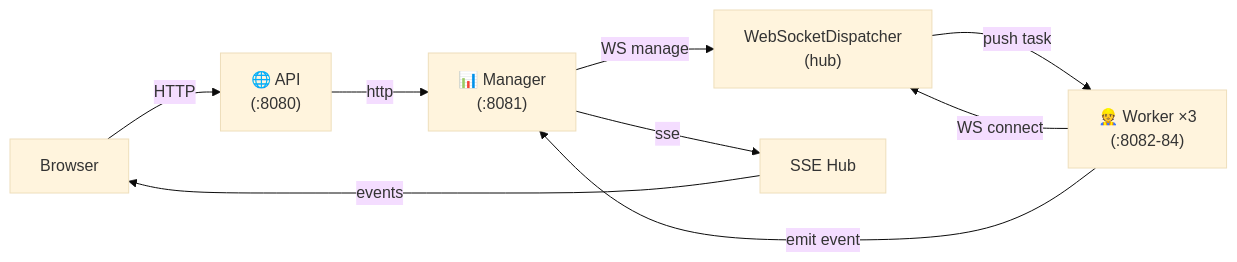
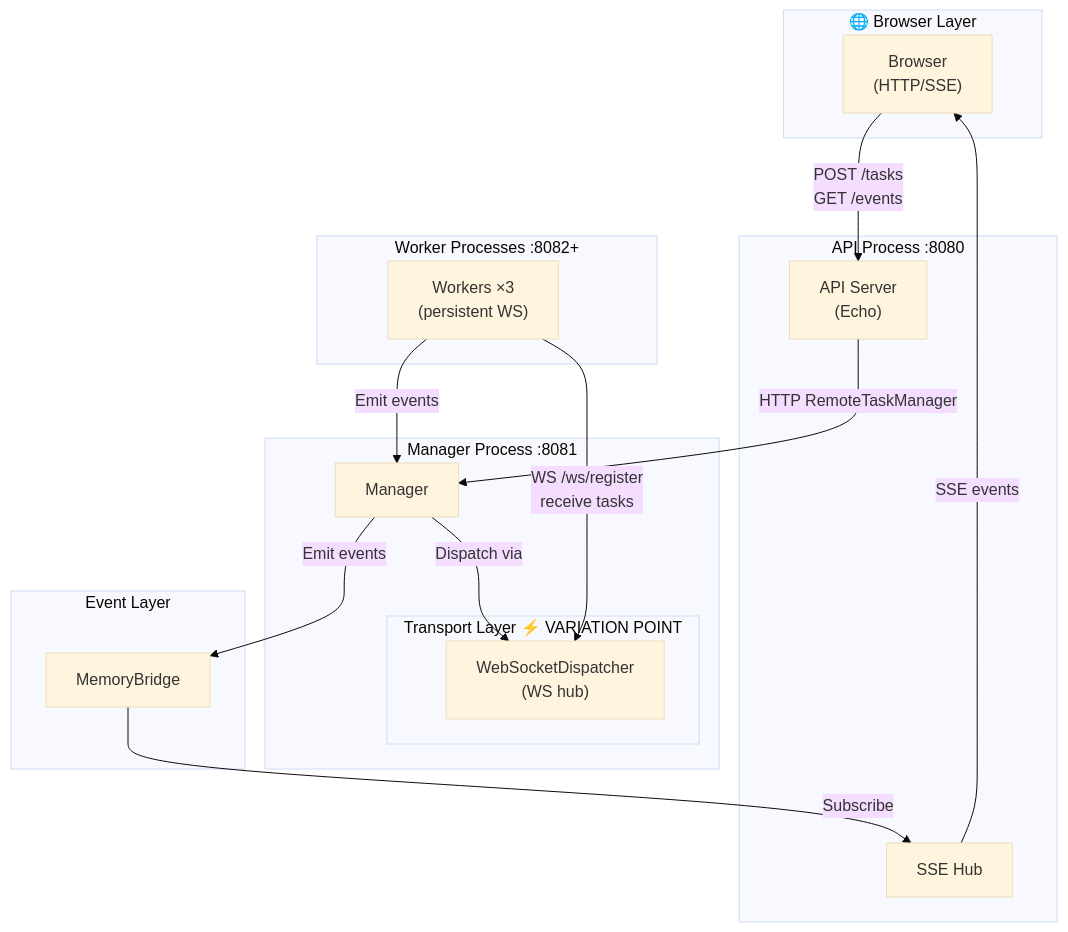
Before and after one commit to deyarchit/work-distribution-patterns: the third of 7 diagrams in README.md, drawn with Mermaid (base theme). The commit also changed other lines of this file, not shown here.

First line of the commit message:
Refactor diagrams with layered architecture

````diff
--- a/README.md
+++ b/README.md
@@ -57,11 +109,35 @@
 ```mermaid
-graph LR
-    Browser -->|HTTP| API["🌐 API<br/>(:8080)"]
-    API -->|http| Manager["📊 Manager<br/>(:8081)"]
-    Manager -->|WS manage| WD["WebSocketDispatcher<br/>(hub)"]
-    Worker["👷 Worker ×3<br/>(:8082-84)"] -->|WS connect| WD
-    WD -->|push task| Worker
-    Worker -->|emit event| Manager
-    Manager -->|sse| Hub["SSE Hub"]
-    Hub -->|events| Browser
+graph TB
+    subgraph L1["🌐 Browser Layer"]
+        Browser["Browser<br/>(HTTP/SSE)"]
+    end
+
+    subgraph L2["API Process :8080"]
+        API["API Server<br/>(Echo)"]
+        SSEHub["SSE Hub"]
+    end
+
+    subgraph L3["Manager Process :8081"]
+        Manager["Manager"]
+        subgraph L3a["Transport Layer ⚡ VARIATION POINT"]
+            WD["WebSocketDispatcher<br/>(WS hub)"]
+        end
+    end
+
+    subgraph L4["Worker Processes :8082+"]
+        Workers["Workers ×3<br/>(persistent WS)"]
+    end
+
+    subgraph L5["Event Layer"]
+        EventBridge["MemoryBridge"]
+    end
+
+    Browser -->|POST /tasks<br/>GET /events| API
+    API -->|HTTP RemoteTaskManager| Manager
+    Manager -->|Dispatch via| WD
+    Workers -->|WS /ws/register<br/>receive tasks| WD
+    Workers -->|Emit events| Manager
+    Manager -->|Emit events| EventBridge
+    EventBridge -->|Subscribe| SSEHub
+    SSEHub -->|SSE events| Browser
 ```
````
